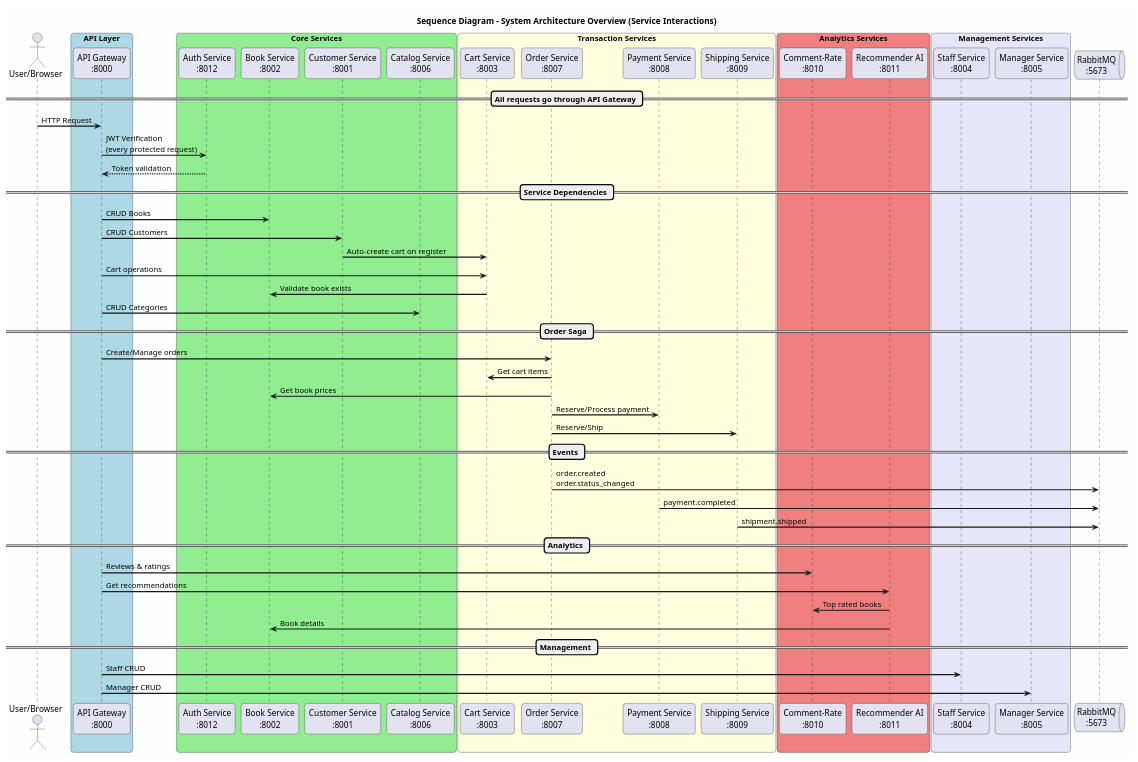
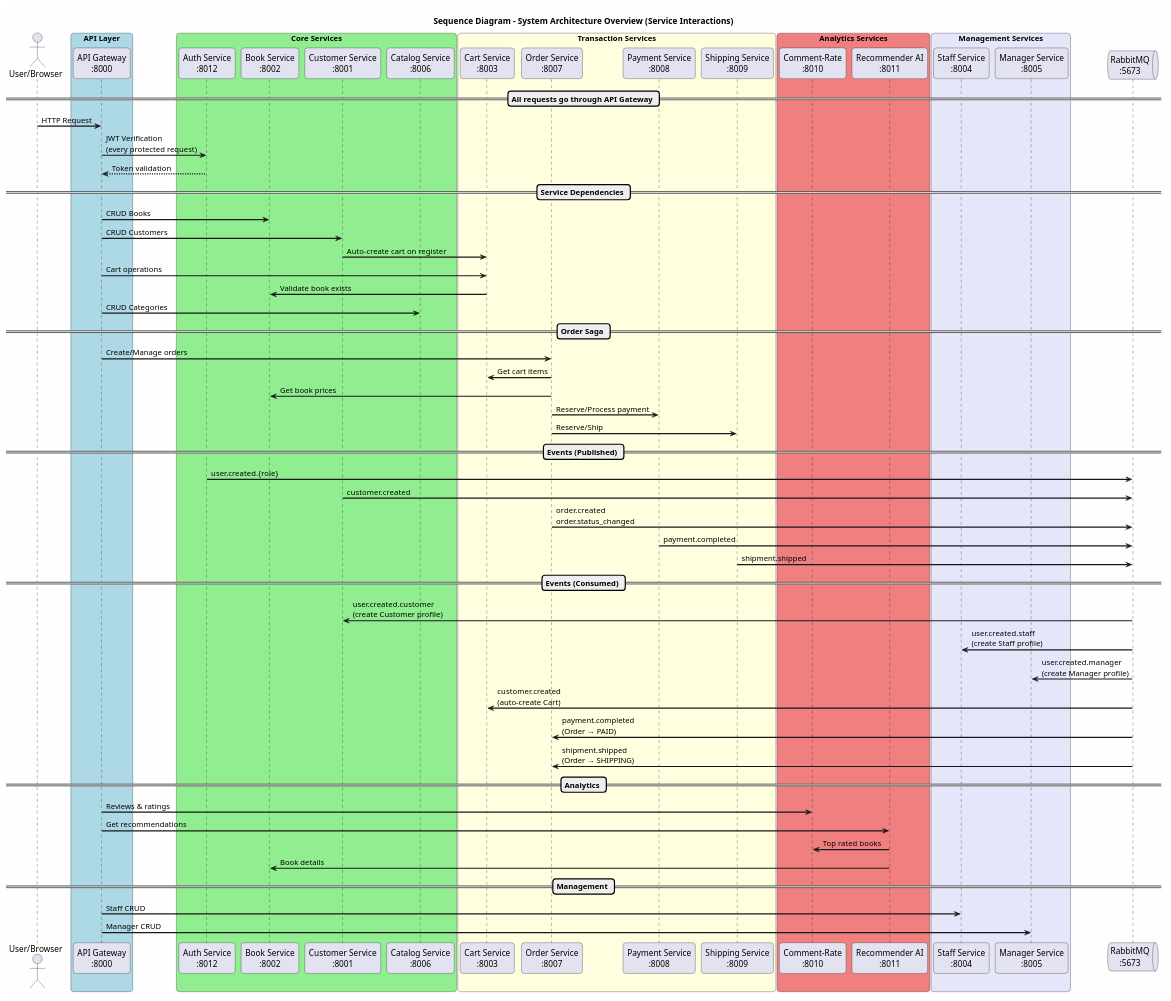
Before and after one commit to SonLamHG/Book-microservice: diagram 11 of 13 in docs/sequence-diagrams.puml, drawn with PlantUML. The commit also changed other lines of this file and 32 other files, not shown here.

First line of the commit message:
feat: Implement event-driven architecture for user registration and order status updates

```diff
--- a/docs/sequence-diagrams.puml
+++ b/docs/sequence-diagrams.puml
@@ -749,73 +754,83 @@
 @startuml 11_System_Overview
 title Sequence Diagram - System Architecture Overview (Service Interactions)
 skinparam backgroundColor #FEFEFE
 skinparam sequenceArrowThickness 2
 skinparam roundcorner 10
 
 actor "User/Browser" as user
 box "API Layer" #LightBlue
     participant "API Gateway\n:8000" as gw
 end box
 
 box "Core Services" #LightGreen
     participant "Auth Service\n:8012" as auth
     participant "Book Service\n:8002" as book
     participant "Customer Service\n:8001" as cust
     participant "Catalog Service\n:8006" as catalog
 end box
 
 box "Transaction Services" #LightYellow
     participant "Cart Service\n:8003" as cart
     participant "Order Service\n:8007" as order
     participant "Payment Service\n:8008" as pay
     participant "Shipping Service\n:8009" as ship
 end box
 
 box "Analytics Services" #LightCoral
     participant "Comment-Rate\n:8010" as review
     participant "Recommender AI\n:8011" as rec
 end box
 
 box "Management Services" #Lavender
     participant "Staff Service\n:8004" as staff
     participant "Manager Service\n:8005" as mgr
 end box
 
 queue "RabbitMQ\n:5673" as mq
 
 == All requests go through API Gateway ==
 user -> gw : HTTP Request
 gw -> auth : JWT Verification\n(every protected request)
 auth --> gw : Token validation
 
 == Service Dependencies ==
 gw -> book : CRUD Books
 gw -> cust : CRUD Customers
 cust -> cart : Auto-create cart on register
 gw -> cart : Cart operations
 cart -> book : Validate book exists
 gw -> catalog : CRUD Categories
 
 == Order Saga ==
 gw -> order : Create/Manage orders
 order -> cart : Get cart items
 order -> book : Get book prices
 order -> pay : Reserve/Process payment
 order -> ship : Reserve/Ship
 
-== Events ==
+== Events (Published) ==
+auth -> mq : user.created.{role}
+cust -> mq : customer.created
 order -> mq : order.created\norder.status_changed
 pay -> mq : payment.completed
 ship -> mq : shipment.shipped
+
+== Events (Consumed) ==
+mq -> cust : user.created.customer\n(create Customer profile)
+mq -> staff : user.created.staff\n(create Staff profile)
+mq -> mgr : user.created.manager\n(create Manager profile)
+mq -> cart : customer.created\n(auto-create Cart)
+mq -> order : payment.completed\n(Order → PAID)
+mq -> order : shipment.shipped\n(Order → SHIPPING)
 
 == Analytics ==
 gw -> review : Reviews & ratings
 gw -> rec : Get recommendations
 rec -> review : Top rated books
 rec -> book : Book details
 
 == Management ==
 gw -> staff : Staff CRUD
 gw -> mgr : Manager CRUD
 
 @enduml
```
